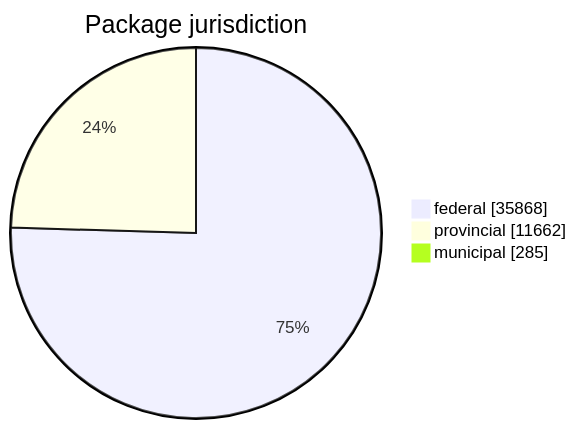
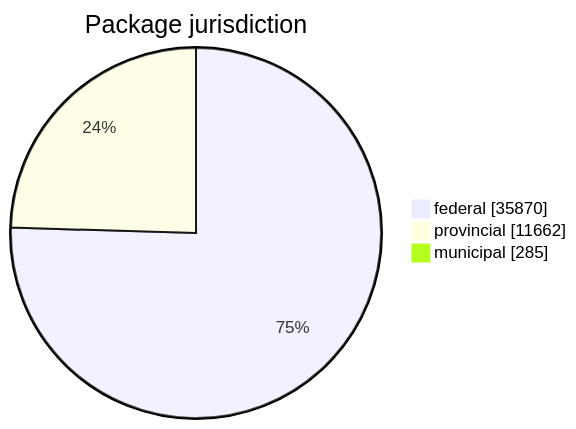
The first of 5 diagrams in FreshCheck/README.md (open-data/analytics-corporate-reporting), drawn with Mermaid before and after one commit. The commit also changed other lines of this file and 3 other files, not shown here.

````diff
--- a/FreshCheck/README.md
+++ b/FreshCheck/README.md
@@ -60,6 +60,6 @@
 ```mermaid
 pie showData title Package jurisdiction
-    "federal": 35868
+    "federal": 35870
     "provincial": 11662
     "municipal": 285
 ```
````
